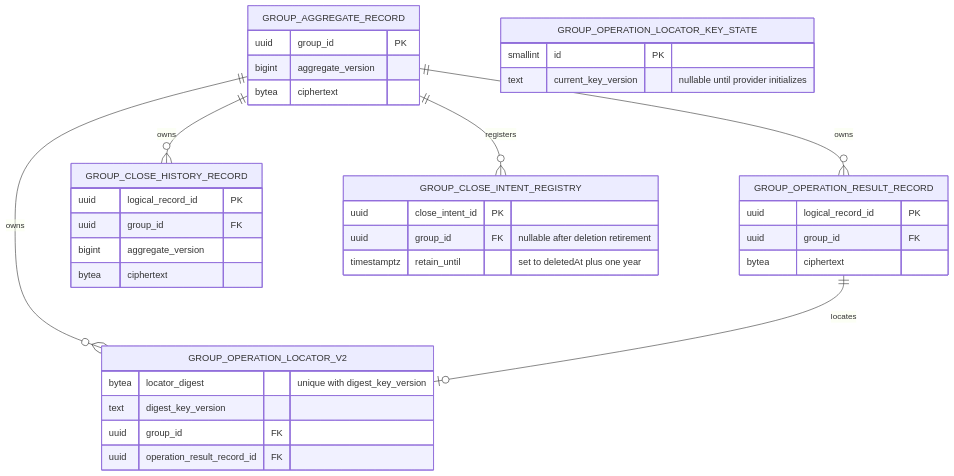
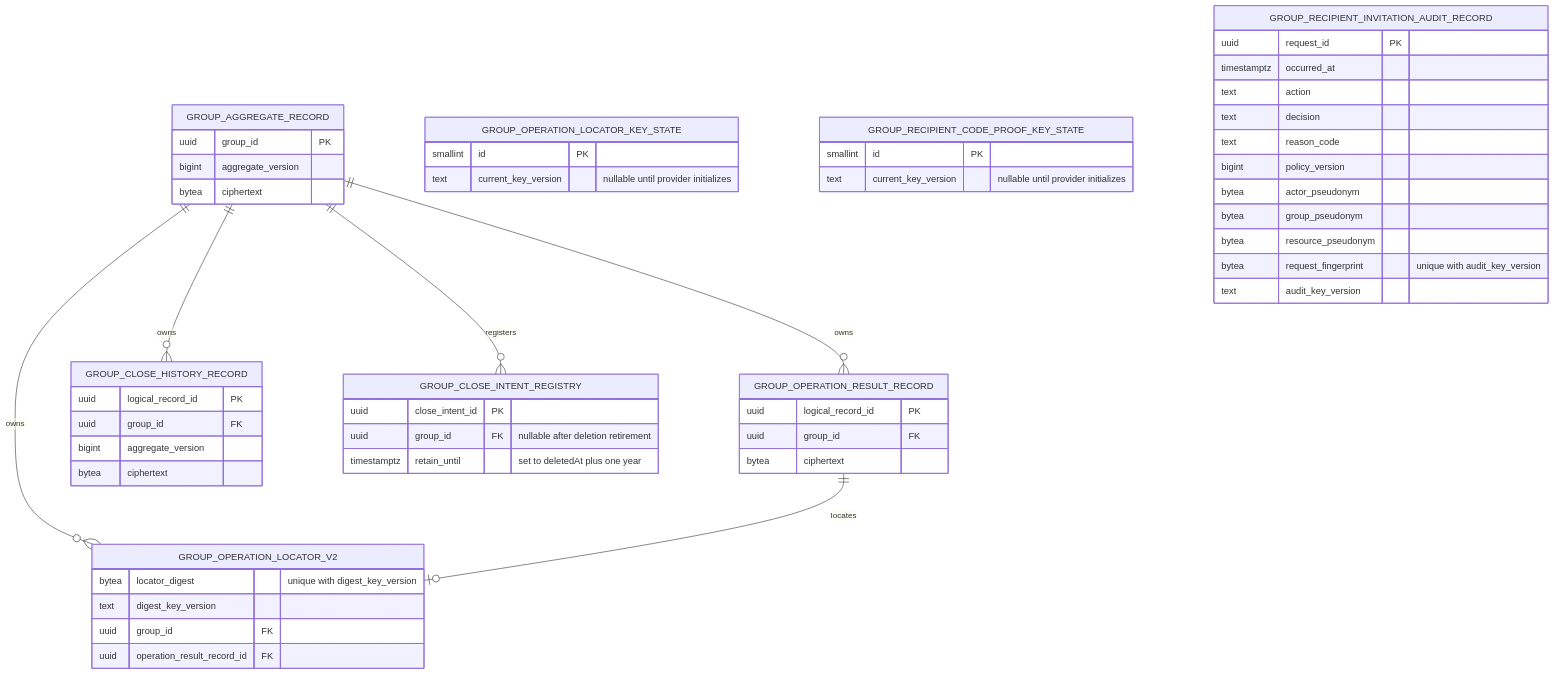
The diagram in docs/diagrams/group-management-locator-storage.mermaid.md (takeshi-arihori/kakei_app), drawn with Mermaid before and after one commit. The commit also changed other lines of this file and 31 other files, not shown here.

````diff
--- a/docs/diagrams/group-management-locator-storage.mermaid.md
+++ b/docs/diagrams/group-management-locator-storage.mermaid.md
@@ -12,40 +12,58 @@
 ```mermaid
 erDiagram
     GROUP_AGGREGATE_RECORD ||--o{ GROUP_OPERATION_RESULT_RECORD : owns
     GROUP_AGGREGATE_RECORD ||--o{ GROUP_OPERATION_LOCATOR_V2 : owns
     GROUP_OPERATION_RESULT_RECORD ||--o| GROUP_OPERATION_LOCATOR_V2 : locates
     GROUP_AGGREGATE_RECORD ||--o{ GROUP_CLOSE_HISTORY_RECORD : owns
     GROUP_AGGREGATE_RECORD ||--o{ GROUP_CLOSE_INTENT_REGISTRY : registers
 
     GROUP_AGGREGATE_RECORD {
         uuid group_id PK
         bigint aggregate_version
         bytea ciphertext
     }
     GROUP_OPERATION_RESULT_RECORD {
         uuid logical_record_id PK
         uuid group_id FK
         bytea ciphertext
     }
     GROUP_OPERATION_LOCATOR_V2 {
         bytea locator_digest "unique with digest_key_version"
         text digest_key_version
         uuid group_id FK
         uuid operation_result_record_id FK
     }
     GROUP_CLOSE_HISTORY_RECORD {
         uuid logical_record_id PK
         uuid group_id FK
         bigint aggregate_version
         bytea ciphertext
     }
     GROUP_CLOSE_INTENT_REGISTRY {
         uuid close_intent_id PK
         uuid group_id FK "nullable after deletion retirement"
         timestamptz retain_until "set to deletedAt plus one year"
     }
     GROUP_OPERATION_LOCATOR_KEY_STATE {
         smallint id PK
         text current_key_version "nullable until provider initializes"
     }
+    GROUP_RECIPIENT_CODE_PROOF_KEY_STATE {
+        smallint id PK
+        text current_key_version "nullable until provider initializes"
+    }
+    GROUP_RECIPIENT_INVITATION_AUDIT_RECORD {
+        uuid request_id PK
+        timestamptz occurred_at
+        text action
+        text decision
+        text reason_code
+        bigint policy_version
+        bytea actor_pseudonym
+        bytea group_pseudonym
+        bytea resource_pseudonym
+        bytea request_fingerprint "unique with audit_key_version"
+        text audit_key_version
+    }
+
 ```
````
